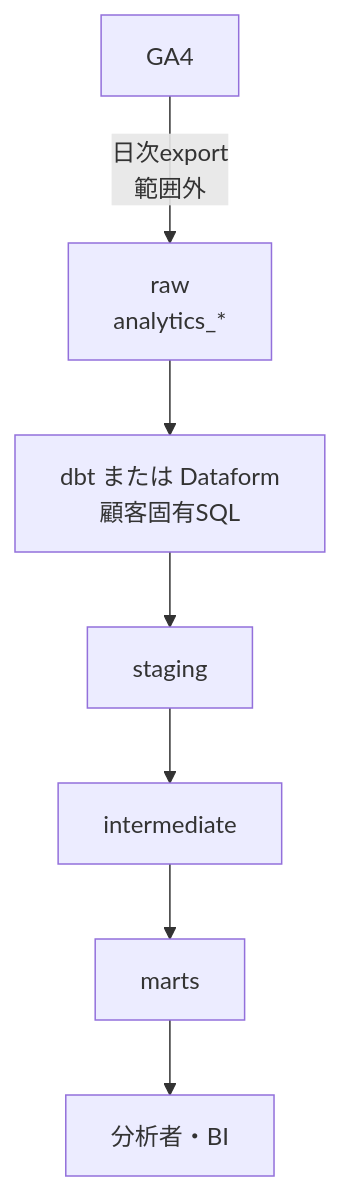
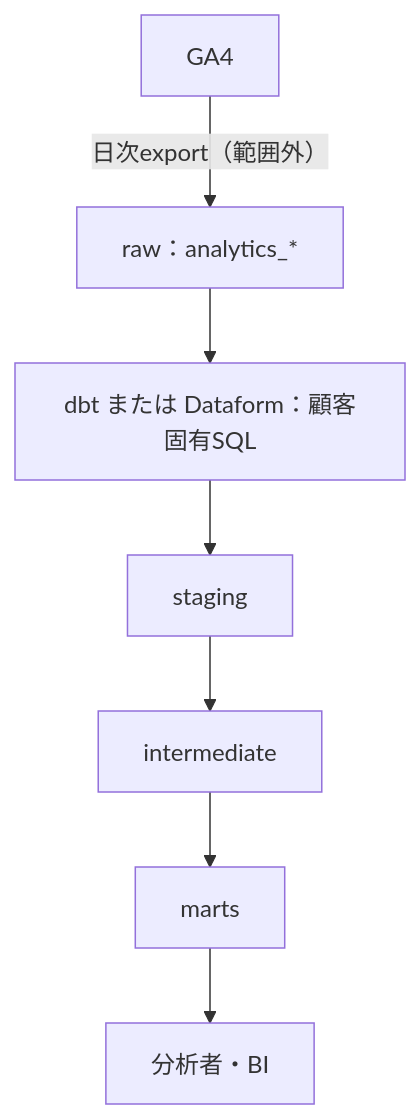
Before and after one commit to Yukihide-Mitsuoka/secure-ga4-bq-template: the second of 5 diagrams in docs/requirements/README.md, drawn with Mermaid. The commit also changed other lines of this file, not shown here.

Commit message:
docs: improve architecture diagram labels

````diff
--- a/docs/requirements/README.md
+++ b/docs/requirements/README.md
@@ -57,7 +57,7 @@
 ```mermaid
 flowchart TB
-  GA4["GA4"] -->|"日次export<br/>範囲外"| RAW["raw<br/>analytics_*"]
-  RAW --> TRANSFORM["dbt または Dataform<br/>顧客固有SQL"]
+  GA4["GA4"] -->|"日次export（範囲外）"| RAW["raw：analytics_*"]
+  RAW --> TRANSFORM["dbt または Dataform：顧客固有SQL"]
   TRANSFORM --> STAGING["staging"] --> INTERMEDIATE["intermediate"] --> MARTS["marts"]
   MARTS --> USERS["分析者・BI"]
 ```
````
